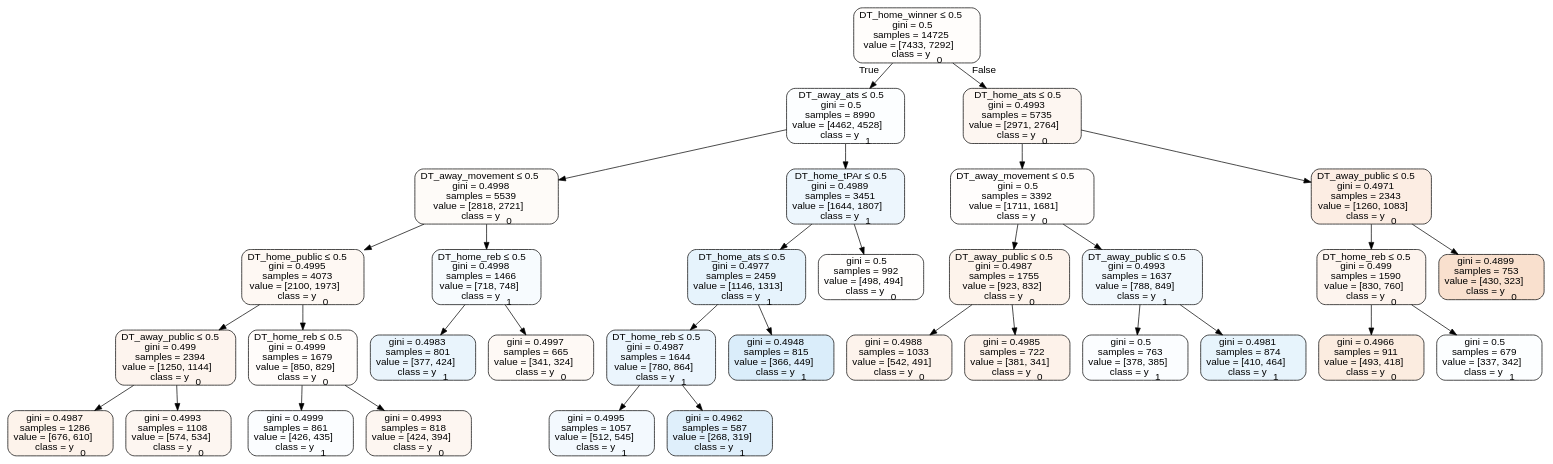
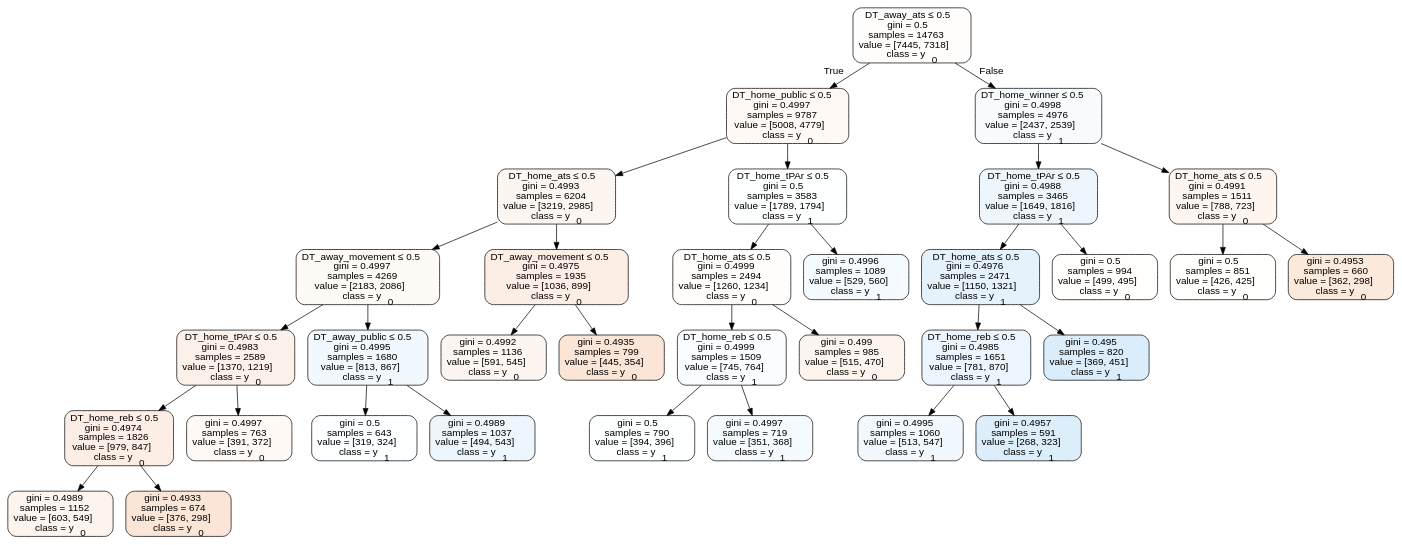
One commit to usbogie/ncaa-bets changed the diagram in Basketball/data/trees/tree2015home.dot. Above: the diagram before and after it, drawn with Graphviz. The commit also changed 33 other files, not shown here.

```diff
--- a/Basketball/data/trees/tree2015home.dot
+++ b/Basketball/data/trees/tree2015home.dot
@@ -1,69 +1,69 @@
 digraph Tree {
 node [shape=box, style="filled, rounded", color="black", fontname=helvetica] ;
 edge [fontname=helvetica] ;
-0 [label=<DT_home_winner &le; 0.5<br/>gini = 0.5<br/>samples = 14725<br/>value = [7433, 7292]<br/>class = y<SUB>0</SUB>>, fillcolor="#e5813905"] ;
-1 [label=<DT_away_ats &le; 0.5<br/>gini = 0.5<br/>samples = 8990<br/>value = [4462, 4528]<br/>class = y<SUB>1</SUB>>, fillcolor="#399de504"] ;
+0 [label=<DT_away_ats &le; 0.5<br/>gini = 0.5<br/>samples = 14763<br/>value = [7445, 7318]<br/>class = y<SUB>0</SUB>>, fillcolor="#e5813904"] ;
+1 [label=<DT_home_public &le; 0.5<br/>gini = 0.4997<br/>samples = 9787<br/>value = [5008, 4779]<br/>class = y<SUB>0</SUB>>, fillcolor="#e581390c"] ;
 0 -> 1 [labeldistance=2.5, labelangle=45, headlabel="True"] ;
-2 [label=<DT_away_movement &le; 0.5<br/>gini = 0.4998<br/>samples = 5539<br/>value = [2818, 2721]<br/>class = y<SUB>0</SUB>>, fillcolor="#e5813909"] ;
+2 [label=<DT_home_ats &le; 0.5<br/>gini = 0.4993<br/>samples = 6204<br/>value = [3219, 2985]<br/>class = y<SUB>0</SUB>>, fillcolor="#e5813913"] ;
 1 -> 2 ;
-3 [label=<DT_home_public &le; 0.5<br/>gini = 0.4995<br/>samples = 4073<br/>value = [2100, 1973]<br/>class = y<SUB>0</SUB>>, fillcolor="#e581390f"] ;
+3 [label=<DT_away_movement &le; 0.5<br/>gini = 0.4997<br/>samples = 4269<br/>value = [2183, 2086]<br/>class = y<SUB>0</SUB>>, fillcolor="#e581390b"] ;
 2 -> 3 ;
-4 [label=<DT_away_public &le; 0.5<br/>gini = 0.499<br/>samples = 2394<br/>value = [1250, 1144]<br/>class = y<SUB>0</SUB>>, fillcolor="#e5813916"] ;
+4 [label=<DT_home_tPAr &le; 0.5<br/>gini = 0.4983<br/>samples = 2589<br/>value = [1370, 1219]<br/>class = y<SUB>0</SUB>>, fillcolor="#e581391c"] ;
 3 -> 4 ;
-5 [label=<gini = 0.4987<br/>samples = 1286<br/>value = [676, 610]<br/>class = y<SUB>0</SUB>>, fillcolor="#e5813919"] ;
+5 [label=<DT_home_reb &le; 0.5<br/>gini = 0.4974<br/>samples = 1826<br/>value = [979, 847]<br/>class = y<SUB>0</SUB>>, fillcolor="#e5813922"] ;
 4 -> 5 ;
-6 [label=<gini = 0.4993<br/>samples = 1108<br/>value = [574, 534]<br/>class = y<SUB>0</SUB>>, fillcolor="#e5813912"] ;
-4 -> 6 ;
-7 [label=<DT_home_reb &le; 0.5<br/>gini = 0.4999<br/>samples = 1679<br/>value = [850, 829]<br/>class = y<SUB>0</SUB>>, fillcolor="#e5813906"] ;
-3 -> 7 ;
-8 [label=<gini = 0.4999<br/>samples = 861<br/>value = [426, 435]<br/>class = y<SUB>1</SUB>>, fillcolor="#399de505"] ;
-7 -> 8 ;
-9 [label=<gini = 0.4993<br/>samples = 818<br/>value = [424, 394]<br/>class = y<SUB>0</SUB>>, fillcolor="#e5813912"] ;
-7 -> 9 ;
-10 [label=<DT_home_reb &le; 0.5<br/>gini = 0.4998<br/>samples = 1466<br/>value = [718, 748]<br/>class = y<SUB>1</SUB>>, fillcolor="#399de50a"] ;
-2 -> 10 ;
-11 [label=<gini = 0.4983<br/>samples = 801<br/>value = [377, 424]<br/>class = y<SUB>1</SUB>>, fillcolor="#399de51c"] ;
-10 -> 11 ;
-12 [label=<gini = 0.4997<br/>samples = 665<br/>value = [341, 324]<br/>class = y<SUB>0</SUB>>, fillcolor="#e581390d"] ;
-10 -> 12 ;
-13 [label=<DT_home_tPAr &le; 0.5<br/>gini = 0.4989<br/>samples = 3451<br/>value = [1644, 1807]<br/>class = y<SUB>1</SUB>>, fillcolor="#399de517"] ;
-1 -> 13 ;
-14 [label=<DT_home_ats &le; 0.5<br/>gini = 0.4977<br/>samples = 2459<br/>value = [1146, 1313]<br/>class = y<SUB>1</SUB>>, fillcolor="#399de520"] ;
-13 -> 14 ;
-15 [label=<DT_home_reb &le; 0.5<br/>gini = 0.4987<br/>samples = 1644<br/>value = [780, 864]<br/>class = y<SUB>1</SUB>>, fillcolor="#399de519"] ;
-14 -> 15 ;
-16 [label=<gini = 0.4995<br/>samples = 1057<br/>value = [512, 545]<br/>class = y<SUB>1</SUB>>, fillcolor="#399de50f"] ;
+6 [label=<gini = 0.4989<br/>samples = 1152<br/>value = [603, 549]<br/>class = y<SUB>0</SUB>>, fillcolor="#e5813917"] ;
+5 -> 6 ;
+7 [label=<gini = 0.4933<br/>samples = 674<br/>value = [376, 298]<br/>class = y<SUB>0</SUB>>, fillcolor="#e5813935"] ;
+5 -> 7 ;
+8 [label=<gini = 0.4997<br/>samples = 763<br/>value = [391, 372]<br/>class = y<SUB>0</SUB>>, fillcolor="#e581390c"] ;
+4 -> 8 ;
+9 [label=<DT_away_public &le; 0.5<br/>gini = 0.4995<br/>samples = 1680<br/>value = [813, 867]<br/>class = y<SUB>1</SUB>>, fillcolor="#399de510"] ;
+3 -> 9 ;
+10 [label=<gini = 0.5<br/>samples = 643<br/>value = [319, 324]<br/>class = y<SUB>1</SUB>>, fillcolor="#399de504"] ;
+9 -> 10 ;
+11 [label=<gini = 0.4989<br/>samples = 1037<br/>value = [494, 543]<br/>class = y<SUB>1</SUB>>, fillcolor="#399de517"] ;
+9 -> 11 ;
+12 [label=<DT_away_movement &le; 0.5<br/>gini = 0.4975<br/>samples = 1935<br/>value = [1036, 899]<br/>class = y<SUB>0</SUB>>, fillcolor="#e5813922"] ;
+2 -> 12 ;
+13 [label=<gini = 0.4992<br/>samples = 1136<br/>value = [591, 545]<br/>class = y<SUB>0</SUB>>, fillcolor="#e5813914"] ;
+12 -> 13 ;
+14 [label=<gini = 0.4935<br/>samples = 799<br/>value = [445, 354]<br/>class = y<SUB>0</SUB>>, fillcolor="#e5813934"] ;
+12 -> 14 ;
+15 [label=<DT_home_tPAr &le; 0.5<br/>gini = 0.5<br/>samples = 3583<br/>value = [1789, 1794]<br/>class = y<SUB>1</SUB>>, fillcolor="#399de501"] ;
+1 -> 15 ;
+16 [label=<DT_home_ats &le; 0.5<br/>gini = 0.4999<br/>samples = 2494<br/>value = [1260, 1234]<br/>class = y<SUB>0</SUB>>, fillcolor="#e5813905"] ;
 15 -> 16 ;
-17 [label=<gini = 0.4962<br/>samples = 587<br/>value = [268, 319]<br/>class = y<SUB>1</SUB>>, fillcolor="#399de529"] ;
-15 -> 17 ;
-18 [label=<gini = 0.4948<br/>samples = 815<br/>value = [366, 449]<br/>class = y<SUB>1</SUB>>, fillcolor="#399de52f"] ;
-14 -> 18 ;
-19 [label=<gini = 0.5<br/>samples = 992<br/>value = [498, 494]<br/>class = y<SUB>0</SUB>>, fillcolor="#e5813902"] ;
-13 -> 19 ;
-20 [label=<DT_home_ats &le; 0.5<br/>gini = 0.4993<br/>samples = 5735<br/>value = [2971, 2764]<br/>class = y<SUB>0</SUB>>, fillcolor="#e5813912"] ;
-0 -> 20 [labeldistance=2.5, labelangle=-45, headlabel="False"] ;
-21 [label=<DT_away_movement &le; 0.5<br/>gini = 0.5<br/>samples = 3392<br/>value = [1711, 1681]<br/>class = y<SUB>0</SUB>>, fillcolor="#e5813904"] ;
-20 -> 21 ;
-22 [label=<DT_away_public &le; 0.5<br/>gini = 0.4987<br/>samples = 1755<br/>value = [923, 832]<br/>class = y<SUB>0</SUB>>, fillcolor="#e5813919"] ;
-21 -> 22 ;
-23 [label=<gini = 0.4988<br/>samples = 1033<br/>value = [542, 491]<br/>class = y<SUB>0</SUB>>, fillcolor="#e5813918"] ;
+17 [label=<DT_home_reb &le; 0.5<br/>gini = 0.4999<br/>samples = 1509<br/>value = [745, 764]<br/>class = y<SUB>1</SUB>>, fillcolor="#399de506"] ;
+16 -> 17 ;
+18 [label=<gini = 0.5<br/>samples = 790<br/>value = [394, 396]<br/>class = y<SUB>1</SUB>>, fillcolor="#399de501"] ;
+17 -> 18 ;
+19 [label=<gini = 0.4997<br/>samples = 719<br/>value = [351, 368]<br/>class = y<SUB>1</SUB>>, fillcolor="#399de50c"] ;
+17 -> 19 ;
+20 [label=<gini = 0.499<br/>samples = 985<br/>value = [515, 470]<br/>class = y<SUB>0</SUB>>, fillcolor="#e5813916"] ;
+16 -> 20 ;
+21 [label=<gini = 0.4996<br/>samples = 1089<br/>value = [529, 560]<br/>class = y<SUB>1</SUB>>, fillcolor="#399de50e"] ;
+15 -> 21 ;
+22 [label=<DT_home_winner &le; 0.5<br/>gini = 0.4998<br/>samples = 4976<br/>value = [2437, 2539]<br/>class = y<SUB>1</SUB>>, fillcolor="#399de50a"] ;
+0 -> 22 [labeldistance=2.5, labelangle=-45, headlabel="False"] ;
+23 [label=<DT_home_tPAr &le; 0.5<br/>gini = 0.4988<br/>samples = 3465<br/>value = [1649, 1816]<br/>class = y<SUB>1</SUB>>, fillcolor="#399de517"] ;
 22 -> 23 ;
-24 [label=<gini = 0.4985<br/>samples = 722<br/>value = [381, 341]<br/>class = y<SUB>0</SUB>>, fillcolor="#e581391b"] ;
-22 -> 24 ;
-25 [label=<DT_away_public &le; 0.5<br/>gini = 0.4993<br/>samples = 1637<br/>value = [788, 849]<br/>class = y<SUB>1</SUB>>, fillcolor="#399de512"] ;
-21 -> 25 ;
-26 [label=<gini = 0.5<br/>samples = 763<br/>value = [378, 385]<br/>class = y<SUB>1</SUB>>, fillcolor="#399de505"] ;
+24 [label=<DT_home_ats &le; 0.5<br/>gini = 0.4976<br/>samples = 2471<br/>value = [1150, 1321]<br/>class = y<SUB>1</SUB>>, fillcolor="#399de521"] ;
+23 -> 24 ;
+25 [label=<DT_home_reb &le; 0.5<br/>gini = 0.4985<br/>samples = 1651<br/>value = [781, 870]<br/>class = y<SUB>1</SUB>>, fillcolor="#399de51a"] ;
+24 -> 25 ;
+26 [label=<gini = 0.4995<br/>samples = 1060<br/>value = [513, 547]<br/>class = y<SUB>1</SUB>>, fillcolor="#399de510"] ;
 25 -> 26 ;
-27 [label=<gini = 0.4981<br/>samples = 874<br/>value = [410, 464]<br/>class = y<SUB>1</SUB>>, fillcolor="#399de51e"] ;
+27 [label=<gini = 0.4957<br/>samples = 591<br/>value = [268, 323]<br/>class = y<SUB>1</SUB>>, fillcolor="#399de52b"] ;
 25 -> 27 ;
-28 [label=<DT_away_public &le; 0.5<br/>gini = 0.4971<br/>samples = 2343<br/>value = [1260, 1083]<br/>class = y<SUB>0</SUB>>, fillcolor="#e5813924"] ;
-20 -> 28 ;
-29 [label=<DT_home_reb &le; 0.5<br/>gini = 0.499<br/>samples = 1590<br/>value = [830, 760]<br/>class = y<SUB>0</SUB>>, fillcolor="#e5813916"] ;
-28 -> 29 ;
-30 [label=<gini = 0.4966<br/>samples = 911<br/>value = [493, 418]<br/>class = y<SUB>0</SUB>>, fillcolor="#e5813927"] ;
-29 -> 30 ;
-31 [label=<gini = 0.5<br/>samples = 679<br/>value = [337, 342]<br/>class = y<SUB>1</SUB>>, fillcolor="#399de504"] ;
-29 -> 31 ;
-32 [label=<gini = 0.4899<br/>samples = 753<br/>value = [430, 323]<br/>class = y<SUB>0</SUB>>, fillcolor="#e581393f"] ;
-28 -> 32 ;
+28 [label=<gini = 0.495<br/>samples = 820<br/>value = [369, 451]<br/>class = y<SUB>1</SUB>>, fillcolor="#399de52e"] ;
+24 -> 28 ;
+29 [label=<gini = 0.5<br/>samples = 994<br/>value = [499, 495]<br/>class = y<SUB>0</SUB>>, fillcolor="#e5813902"] ;
+23 -> 29 ;
+30 [label=<DT_home_ats &le; 0.5<br/>gini = 0.4991<br/>samples = 1511<br/>value = [788, 723]<br/>class = y<SUB>0</SUB>>, fillcolor="#e5813915"] ;
+22 -> 30 ;
+31 [label=<gini = 0.5<br/>samples = 851<br/>value = [426, 425]<br/>class = y<SUB>0</SUB>>, fillcolor="#e5813901"] ;
+30 -> 31 ;
+32 [label=<gini = 0.4953<br/>samples = 660<br/>value = [362, 298]<br/>class = y<SUB>0</SUB>>, fillcolor="#e581392d"] ;
+30 -> 32 ;
 }
```
